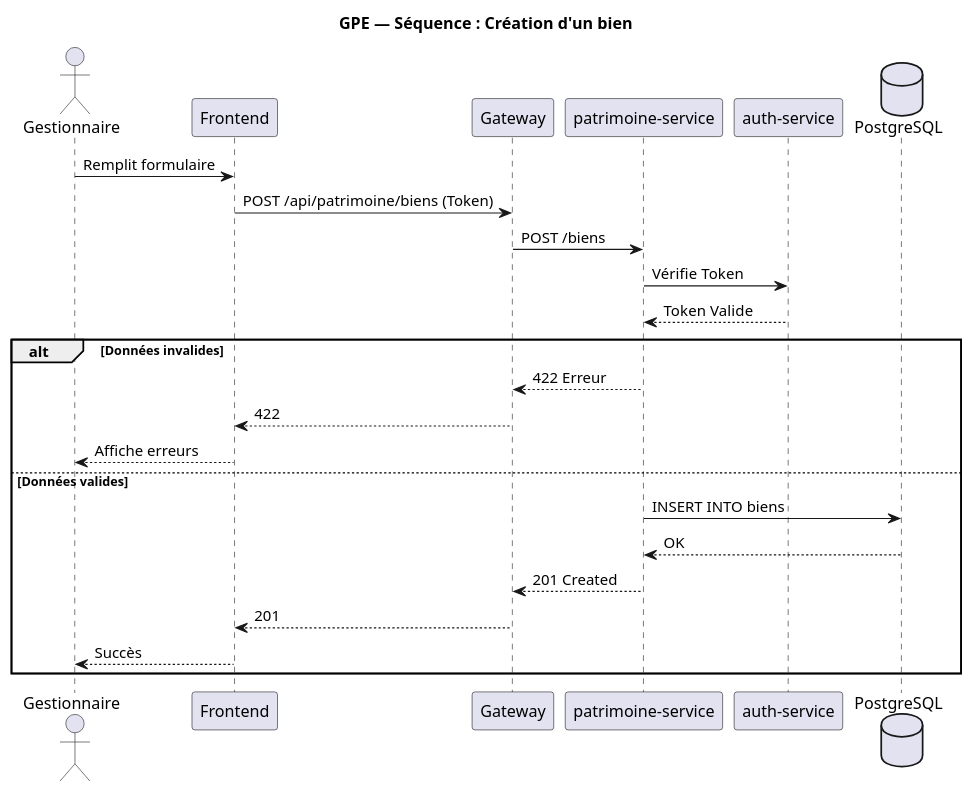
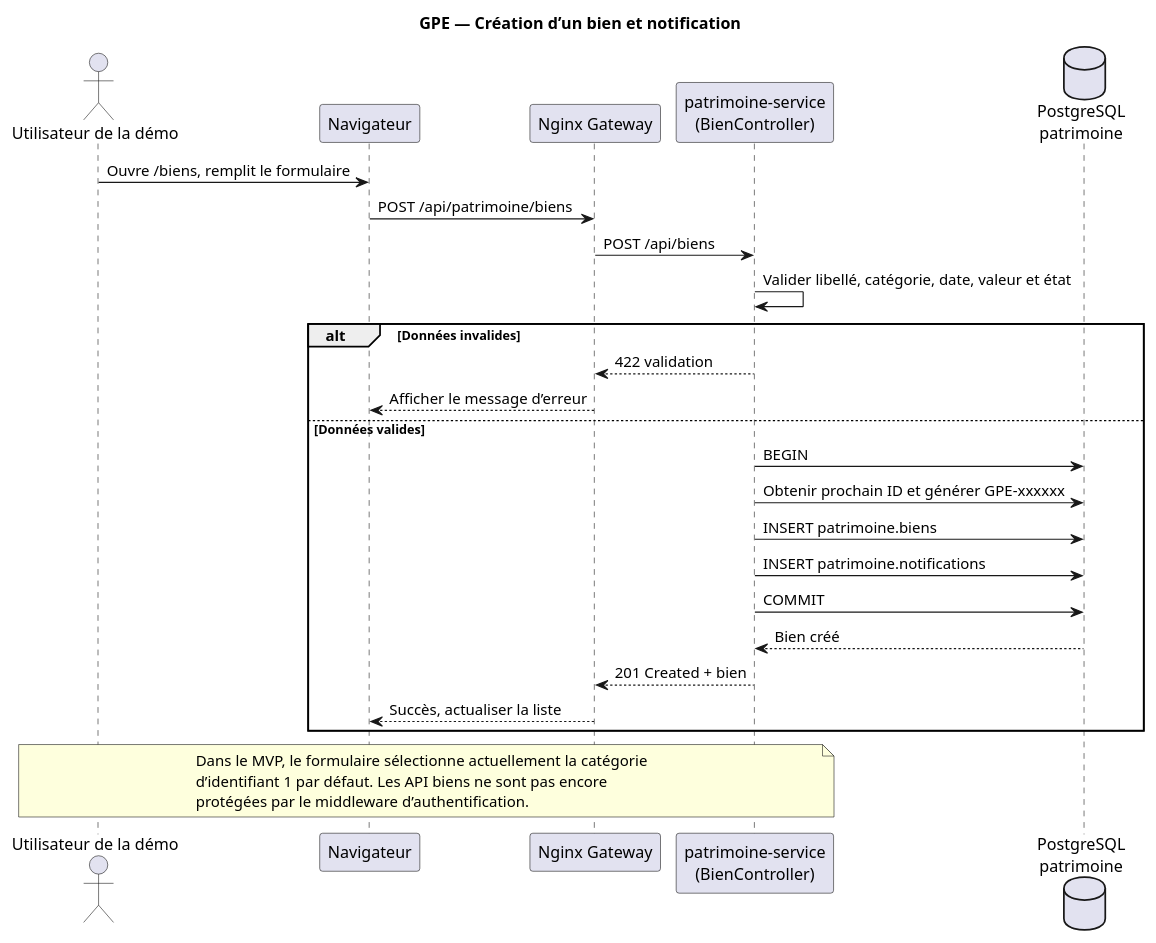
One commit to goliamelerolande-lab/gestion-patrimoine-etat changed the diagram in docs/uml/04-sequence-creation-bien.puml. Above: the diagram before and after it, drawn with PlantUML. The commit also changed 14 other files, not shown here.

```diff
--- a/docs/uml/04-sequence-creation-bien.puml
+++ b/docs/uml/04-sequence-creation-bien.puml
@@ -1,26 +1,32 @@
 @startuml
-title GPE — Séquence : Création d'un bien
-actor Gestionnaire
-participant "Frontend" as FE
-participant "Gateway" as GW
-participant "patrimoine-service" as PATR
-participant "auth-service" as AUTH
-database "PostgreSQL" as DB
+title GPE — Création d’un bien et notification
+actor "Utilisateur de la démo" as USER
+participant Navigateur
+participant "Nginx Gateway" as GW
+participant "patrimoine-service\n(BienController)" as PATR
+database "PostgreSQL\npatrimoine" as DB
 
-Gestionnaire -> FE : Remplit formulaire
-FE -> GW : POST /api/patrimoine/biens (Token)
-GW -> PATR : POST /biens
-PATR -> AUTH : Vérifie Token
-AUTH --> PATR : Token Valide
+USER -> Navigateur : Ouvre /biens, remplit le formulaire
+Navigateur -> GW : POST /api/patrimoine/biens
+GW -> PATR : POST /api/biens
+PATR -> PATR : Valider libellé, catégorie, date, valeur et état
 alt Données invalides
-  PATR --> GW : 422 Erreur
-  GW --> FE : 422
-  FE --> Gestionnaire : Affiche erreurs
+  PATR --> GW : 422 validation
+  GW --> Navigateur : Afficher le message d’erreur
 else Données valides
-  PATR -> DB : INSERT INTO biens
-  DB --> PATR : OK
-  PATR --> GW : 201 Created
-  GW --> FE : 201
-  FE --> Gestionnaire : Succès
+  PATR -> DB : BEGIN
+  PATR -> DB : Obtenir prochain ID et générer GPE-xxxxxx
+  PATR -> DB : INSERT patrimoine.biens
+  PATR -> DB : INSERT patrimoine.notifications
+  PATR -> DB : COMMIT
+  DB --> PATR : Bien créé
+  PATR --> GW : 201 Created + bien
+  GW --> Navigateur : Succès, actualiser la liste
 end
+
+note over USER,PATR
+Dans le MVP, le formulaire sélectionne actuellement la catégorie
+d’identifiant 1 par défaut. Les API biens ne sont pas encore
+protégées par le middleware d’authentification.
+end note
 @enduml
```
